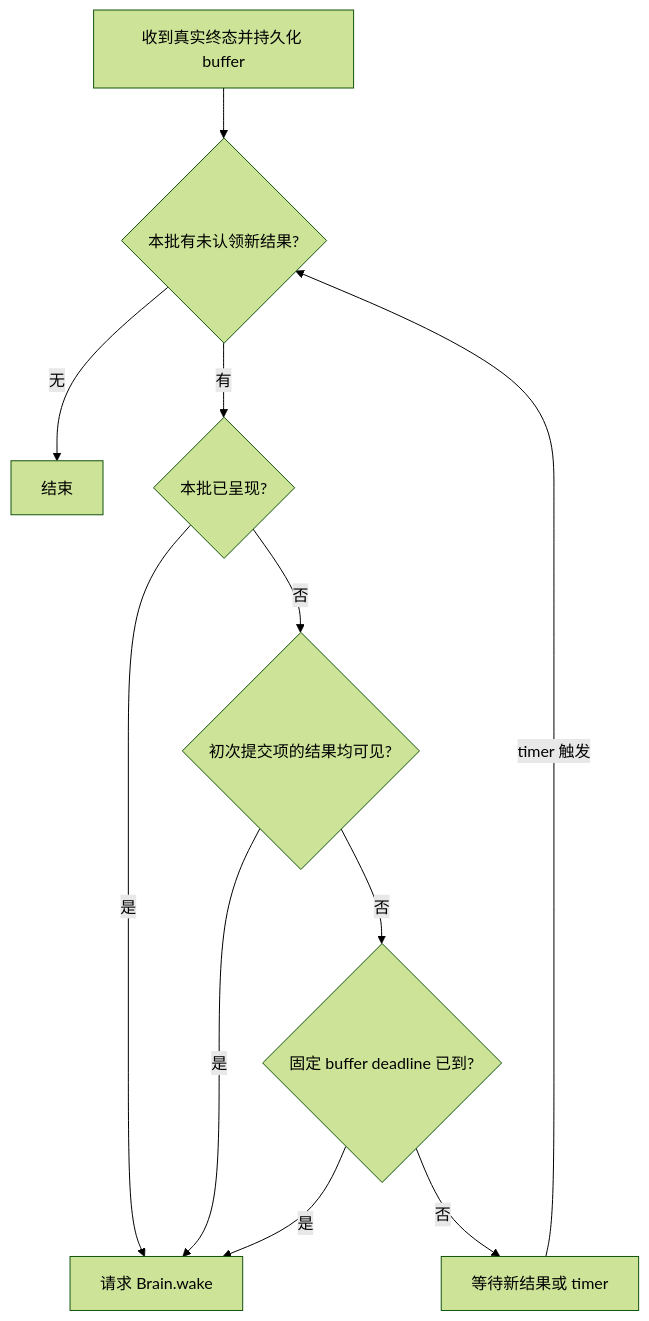
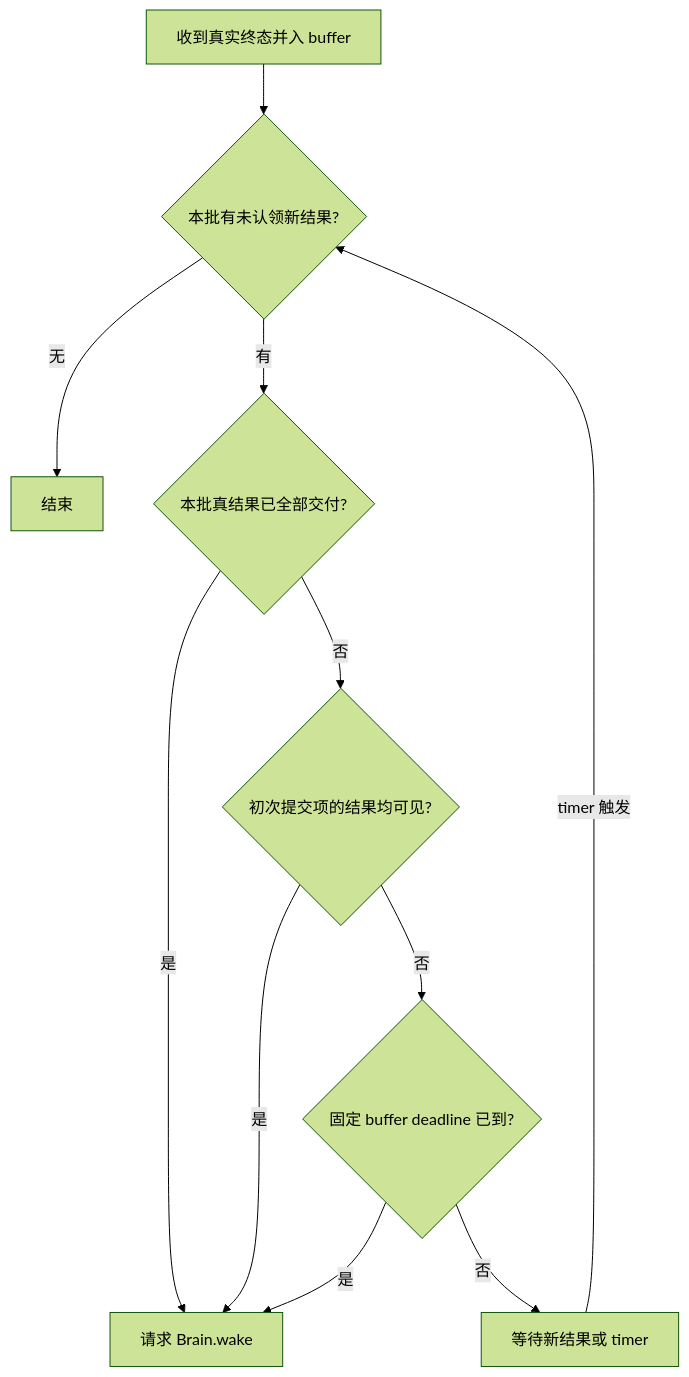
Before and after one commit to HymioSpace/Oath: the second of 2 diagrams in spec/feature-intake.md, drawn with Mermaid (forest theme). The commit also changed other lines of this file and 14 other files, not shown here.

````diff
--- a/spec/feature-intake.md
+++ b/spec/feature-intake.md
@@ -161,13 +153,13 @@
 ```mermaid
 flowchart TD
-    E[收到真实终态并持久化 buffer] --> N{本批有未认领新结果?}
+    E[收到真实终态并入 buffer] --> N{本批有未认领新结果?}
     N -->|无| Stop[结束]
-    N -->|有| P{本批已呈现?}
+    N -->|有| P{本批真结果已全部交付?}
     P -->|是| W[请求 Brain.wake]
     P -->|否| I{初次提交项的结果均可见?}
     I -->|是| W
     I -->|否| T{固定 buffer deadline 已到?}
     T -->|是| W
     T -->|否| Wait[等待新结果或 timer]
     Wait -->|timer 触发| N
 ```
````
